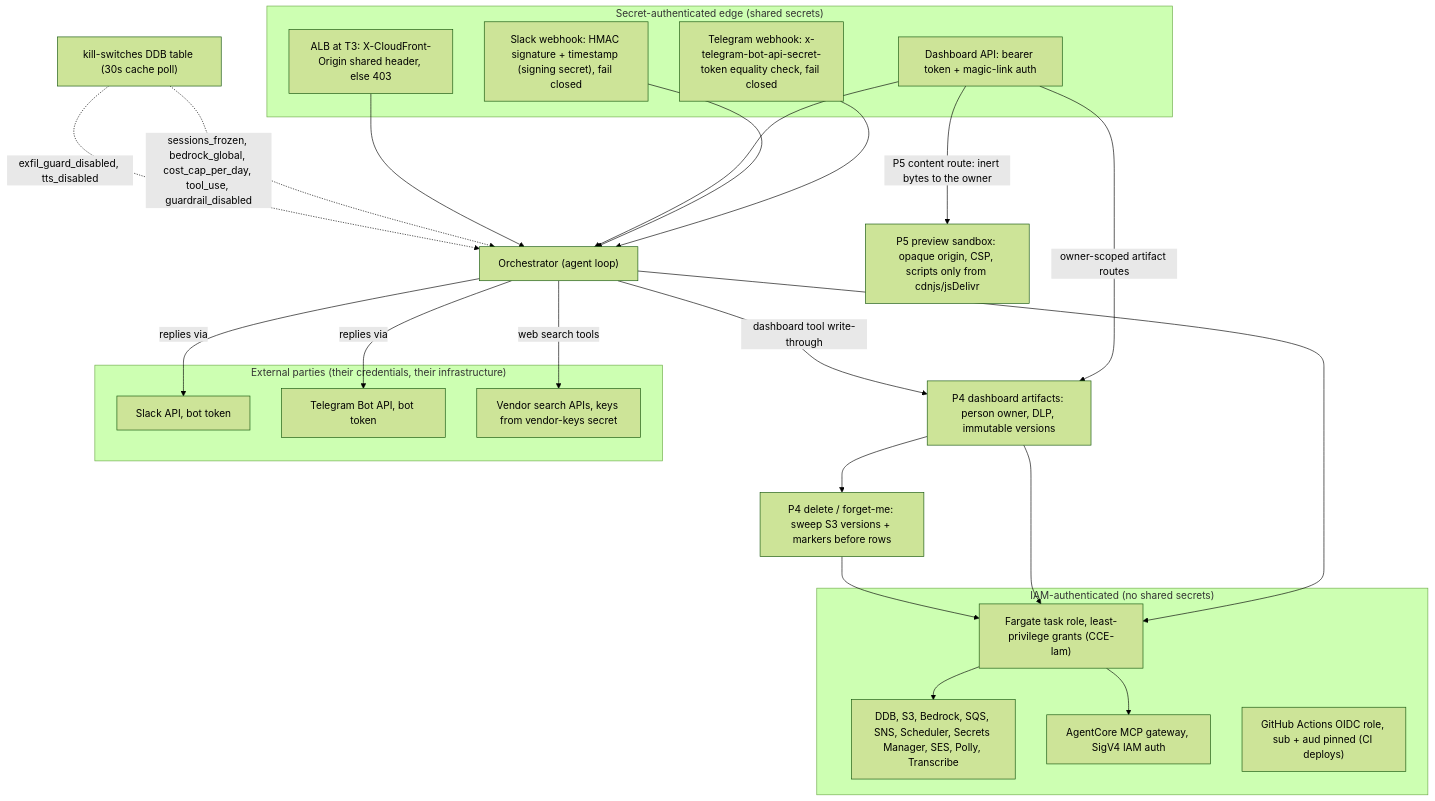
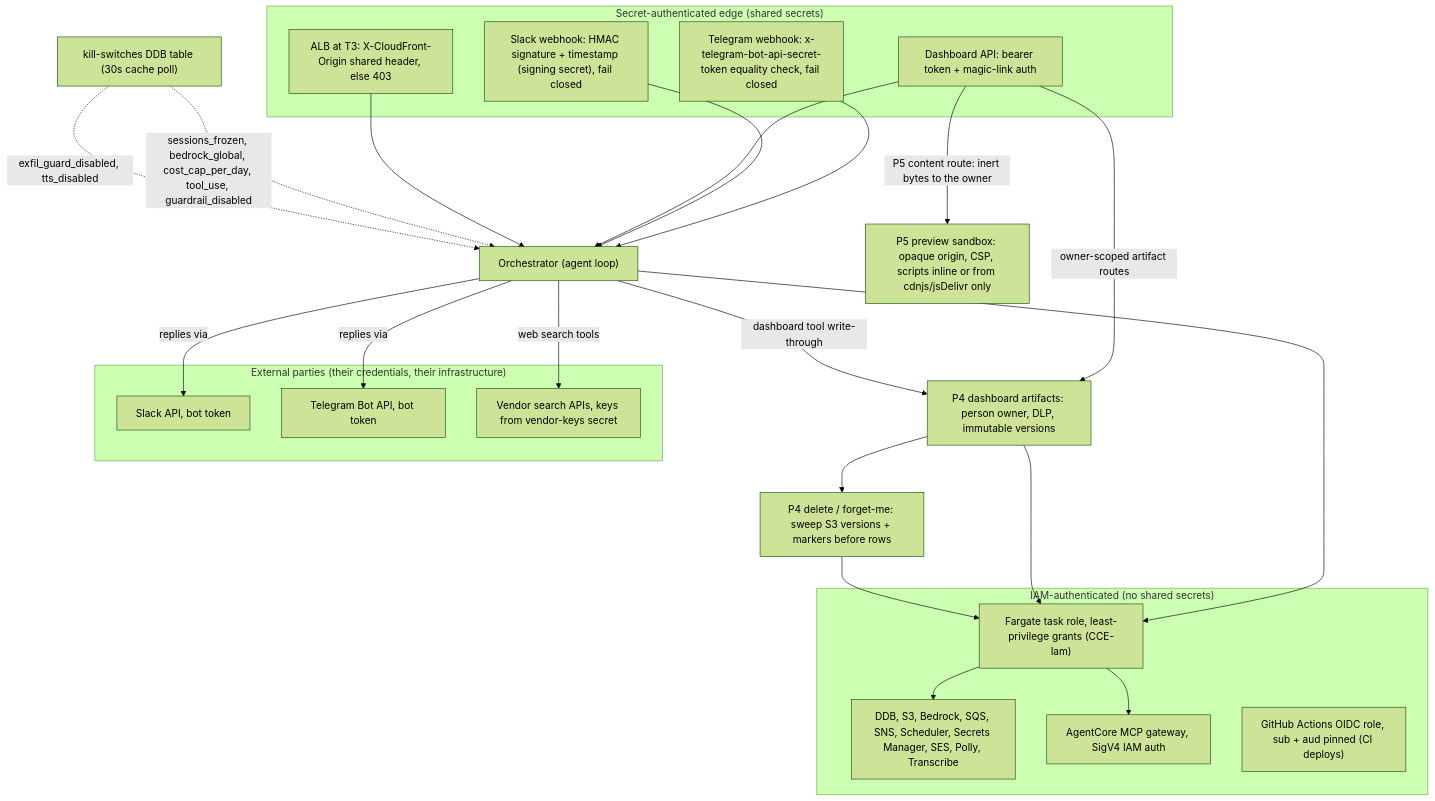
One commit to Adams-Captial-Holdings-Ltd/Netzer-Labs changed the diagram in docs/diagrams/architecture-security.md. Above: the diagram before and after it, drawn with Mermaid (forest theme). The commit also changed other lines of this file and 5 other files, not shown here.

````diff
--- a/docs/diagrams/architecture-security.md
+++ b/docs/diagrams/architecture-security.md
@@ -21,47 +21,47 @@
 ```mermaid
 flowchart TD
   subgraph secretauth["Secret-authenticated edge (shared secrets)"]
     TGCHECK["Telegram webhook: x-telegram-bot-api-secret-token equality check, fail closed"]
     SLACKCHECK["Slack webhook: HMAC signature + timestamp (signing secret), fail closed"]
     DASHCHECK["Dashboard API: bearer token + magic-link auth"]
     CFCHECK["ALB at T3: X-CloudFront-Origin shared header, else 403"]
   end
 
   subgraph iamauth["IAM-authenticated (no shared secrets)"]
     TASKROLE["Fargate task role, least-privilege grants (CCE-Iam)"]
     AWSSVCS["DDB, S3, Bedrock, SQS, SNS, Scheduler, Secrets Manager, SES, Polly, Transcribe"]
     MCPGW["AgentCore MCP gateway, SigV4 IAM auth"]
     OIDC["GitHub Actions OIDC role, sub + aud pinned (CI deploys)"]
     TASKROLE --> AWSSVCS
     TASKROLE --> MCPGW
   end
 
   subgraph externals["External parties (their credentials, their infrastructure)"]
     SLACKAPI["Slack API, bot token"]
     TGAPI["Telegram Bot API, bot token"]
     VENDORS["Vendor search APIs, keys from vendor-keys secret"]
   end
 
   ORCH["Orchestrator (agent loop)"]
   ARTIFACT["P4 dashboard artifacts: person owner, DLP, immutable versions"]
   ERASE["P4 delete / forget-me: sweep S3 versions + markers before rows"]
-  PREVIEW["P5 preview sandbox: opaque origin, CSP, scripts only from cdnjs/jsDelivr"]
+  PREVIEW["P5 preview sandbox: opaque origin, CSP, scripts inline or from cdnjs/jsDelivr only"]
   TGCHECK --> ORCH
   SLACKCHECK --> ORCH
   DASHCHECK --> ORCH
   CFCHECK --> ORCH
   ORCH --> TASKROLE
   DASHCHECK -->|"owner-scoped artifact routes"| ARTIFACT
   ORCH -->|"dashboard tool write-through"| ARTIFACT
   ARTIFACT --> TASKROLE
   ARTIFACT --> ERASE
   ERASE --> TASKROLE
   DASHCHECK -->|"P5 content route: inert bytes to the owner"| PREVIEW
   ORCH -->|"replies via"| SLACKAPI
   ORCH -->|"replies via"| TGAPI
   ORCH -->|"web search tools"| VENDORS
 
   KILLS["kill-switches DDB table (30s cache poll)"]
   KILLS -.->|"sessions_frozen, bedrock_global, cost_cap_per_day, tool_use, guardrail_disabled"| ORCH
   KILLS -.->|"exfil_guard_disabled, tts_disabled"| ORCH
 ```
````
